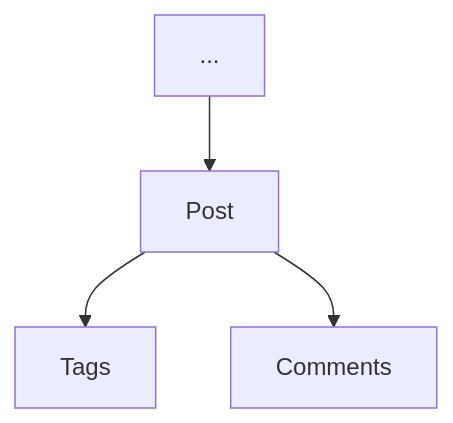
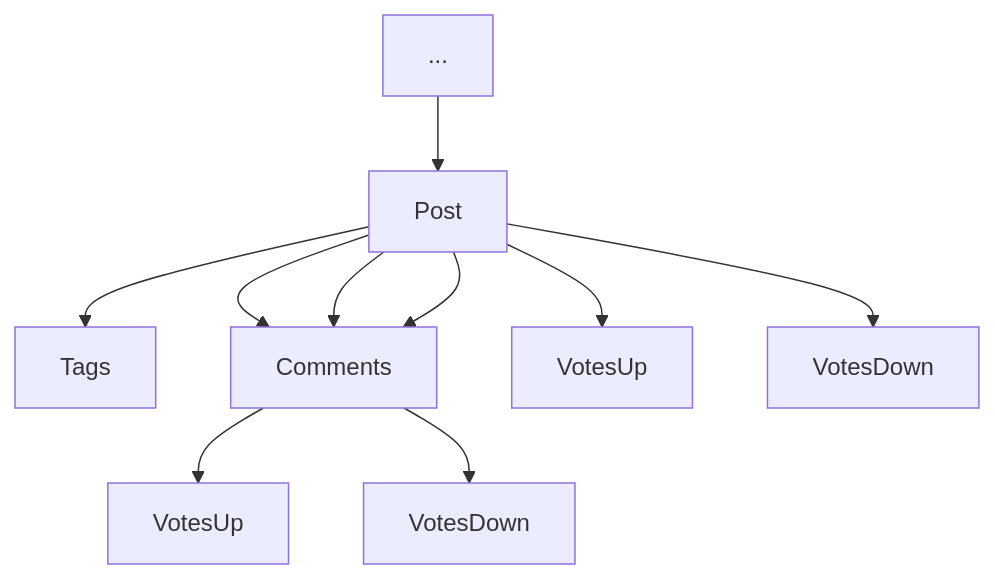
One commit to DviDev/post-module changed the first of 2 diagrams in README.md. Above: the diagram before and after it, drawn with Mermaid. The commit also changed other lines of this file and 63 other files, not shown here.

````diff
--- a/README.md
+++ b/README.md
@@ -6,6 +6,10 @@
 ```mermaid
 graph TD
     Outros[...]-->Post;
     Post-->Tags;
     Post-->Comments;
+    Post-->Comments-->CVU[VotesUp];
+    Post-->Comments-->CVD[VotesDown];
+    Post-->VotesUp;
+    Post-->VotesDown;
 ```
````
